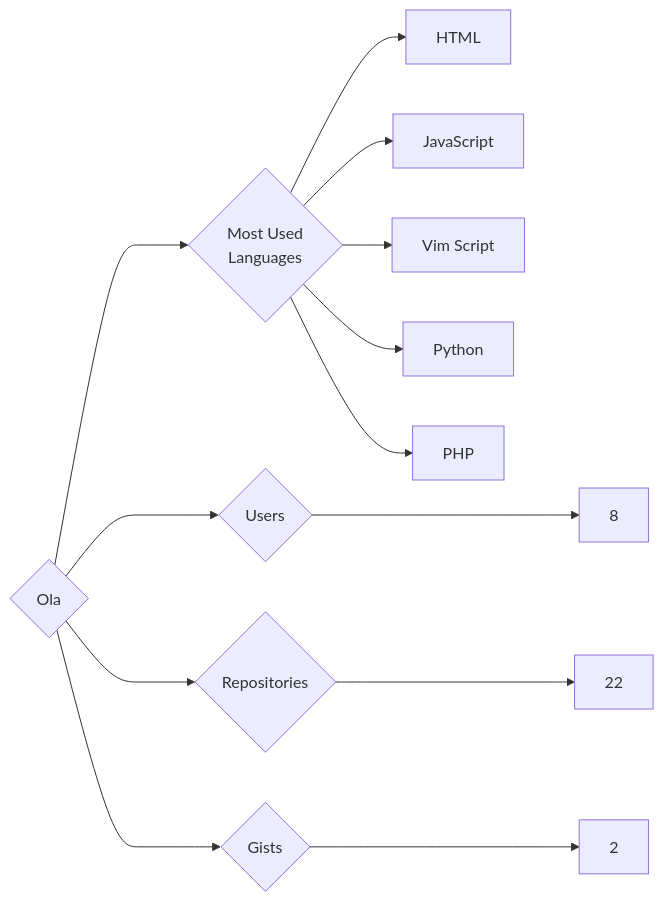
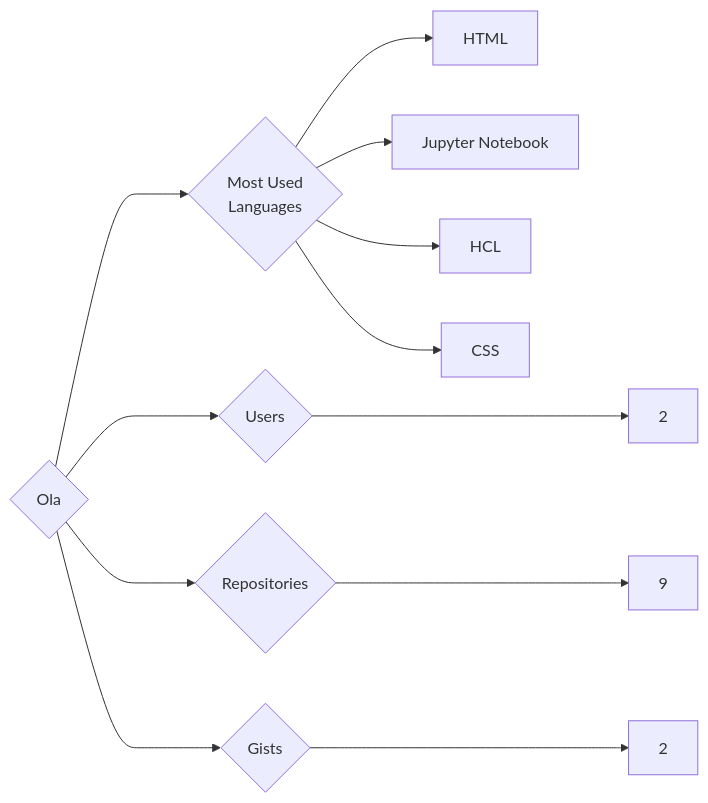
Before and after one commit to trickest/insiders: the diagram in targets/Ola/README.md, drawn with Mermaid. The commit also changed 1696 other files, not shown here.

````diff
--- a/targets/Ola/README.md
+++ b/targets/Ola/README.md
@@ -3,13 +3,12 @@
 ```mermaid
 graph LR
 COMPANY_NAME{Ola}
-COMPANY_NAME ---> U{Users} ---> UN[8]
-COMPANY_NAME ---> R{Repositories} ---> RN[22]
+COMPANY_NAME ---> U{Users} ---> UN[2]
+COMPANY_NAME ---> R{Repositories} ---> RN[9]
 COMPANY_NAME ---> G{Gists} ---> GN[2]
 COMPANY_NAME ---> ML{Most Used<br>Languages}
 ML --> HTML[HTML]
-ML --> JavaScript[JavaScript]
-ML --> Vim_Script[Vim Script]
-ML --> Python[Python]
-ML --> PHP[PHP]
+ML --> Jupyter_Notebook[Jupyter Notebook]
+ML --> HCL[HCL]
+ML --> CSS[CSS]
 ```
````
